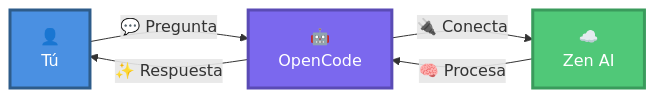
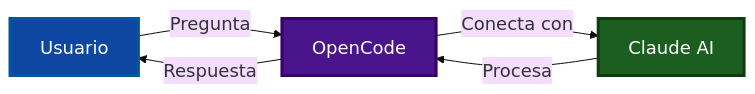
One commit to Ai-Whisperers/Courses-Content changed the first of 12 diagrams in courses/🟡-development/FPUNA-2026/00-FUNDAMENTOS-PRINCIPALES/01-configuracion-stack-ia.md. Above: the diagram before and after it, drawn with Mermaid. The commit also changed other lines of this file and 47 other files, not shown here.

First line of the commit message:
fix: Make all 473 diagrams WCAG AAA accessible (FPUNA-2026)

````diff
--- a/courses/🟡-development/FPUNA-2026/00-FUNDAMENTOS-PRINCIPALES/01-configuracion-stack-ia.md
+++ b/courses/🟡-development/FPUNA-2026/00-FUNDAMENTOS-PRINCIPALES/01-configuracion-stack-ia.md
@@ -37,11 +37,12 @@
 ```mermaid
+%%{init: {'theme':'base', 'themeVariables': {'fontSize':'18px'}}}%%
 graph LR
-    A["👤<br/>Tú"] -->|"💬 Pregunta"| B["🤖<br/>OpenCode"]
-    B -->|"✨ Respuesta"| A
-    B -->|"🔌 Conecta"| C["☁️<br/>Zen AI"]
-    C -->|"🧠 Procesa"| B
+    A["Usuario"] -->|"Pregunta"| B["OpenCode"]
+    B -->|"Respuesta"| A
+    B -->|"Conecta con"| C["Claude AI"]
+    C -->|"Procesa"| B
     
-    style A fill:#4A90E2,stroke:#2E5C8A,stroke-width:3px,color:#fff
-    style B fill:#7B68EE,stroke:#5A4BB5,stroke-width:3px,color:#fff
-    style C fill:#50C878,stroke:#3A9B5C,stroke-width:3px,color:#fff
+    style A fill:#0d47a1,stroke:#01579b,stroke-width:3px,color:#fff
+    style B fill:#4a148c,stroke:#38006b,stroke-width:3px,color:#fff
+    style C fill:#1b5e20,stroke:#0d3d0f,stroke-width:3px,color:#fff
 ```
````
